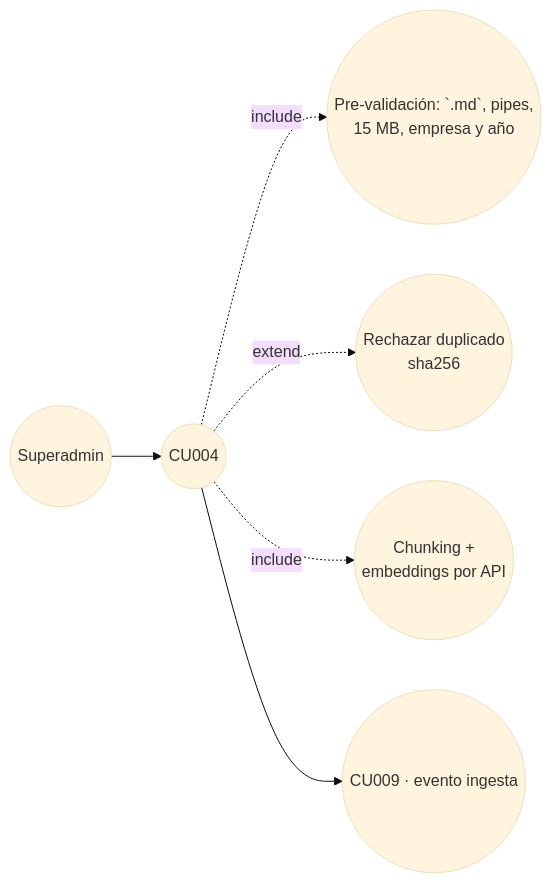
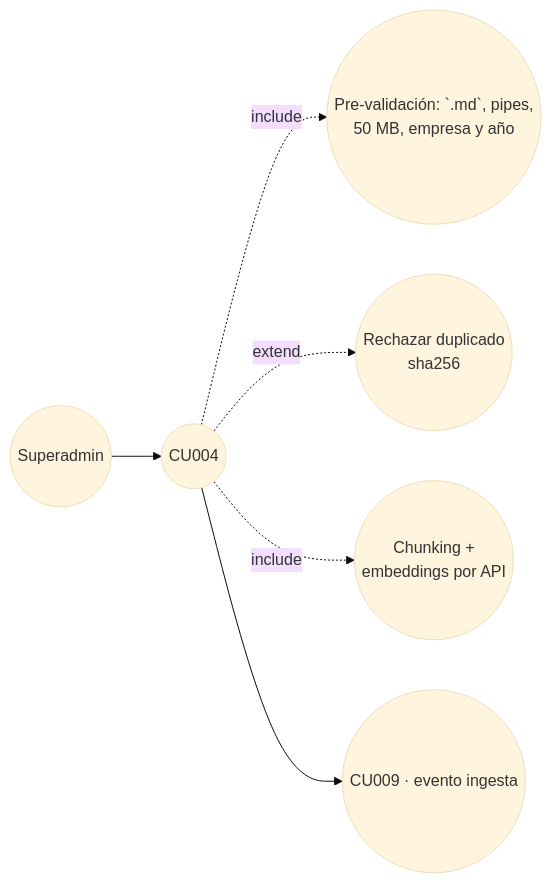
The fifth of 10 diagrams in FASE 1/01-Analisis-y-Diseno/07-Casos-de-Uso-Diagrama.md (lFunkwnon01/igualab_md), drawn with Mermaid (base theme) before and after one commit. The commit also changed other lines of this file and 82 other files, not shown here.

````diff
--- a/FASE 1/01-Analisis-y-Diseno/07-Casos-de-Uso-Diagrama.md
+++ b/FASE 1/01-Analisis-y-Diseno/07-Casos-de-Uso-Diagrama.md
@@ -97,8 +97,8 @@
 ```mermaid
 flowchart LR
   SA(("Superadmin")) --> CU004((CU004))
-  CU004 -.->|include| GUARD((Pre-validación: `.md`, pipes,<br/>15 MB, empresa y año))
+  CU004 -.->|include| GUARD((Pre-validación: `.md`, pipes,<br/>50 MB, empresa y año))
   CU004 -.->|extend| DUP((Rechazar duplicado<br/>sha256))
   CU004 -.->|include| IDX((Chunking +<br/>embeddings por API))
   CU004 --> AUD((CU009 · evento ingesta))
 ```
````
